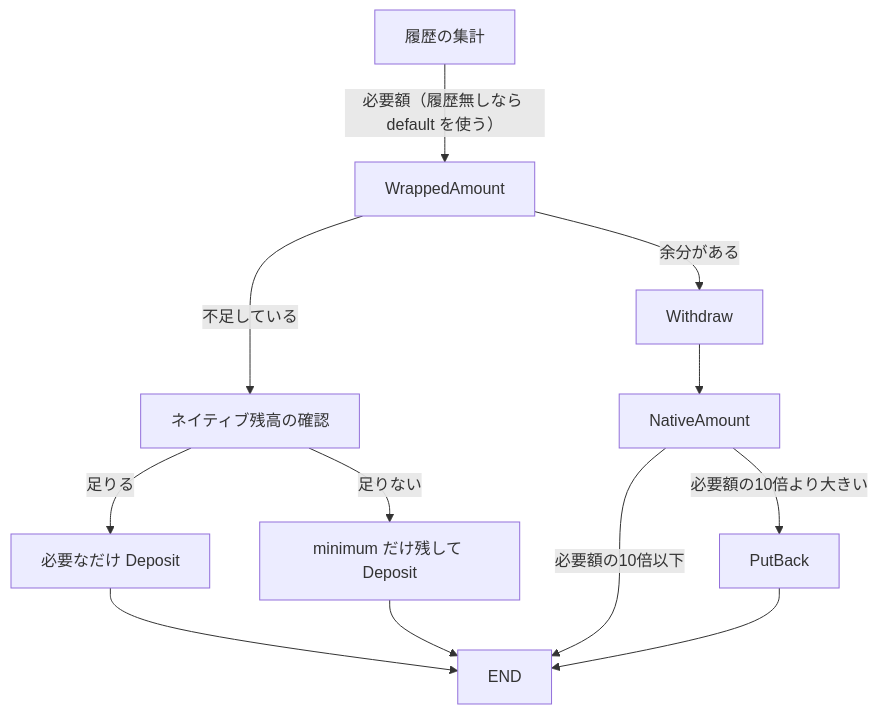
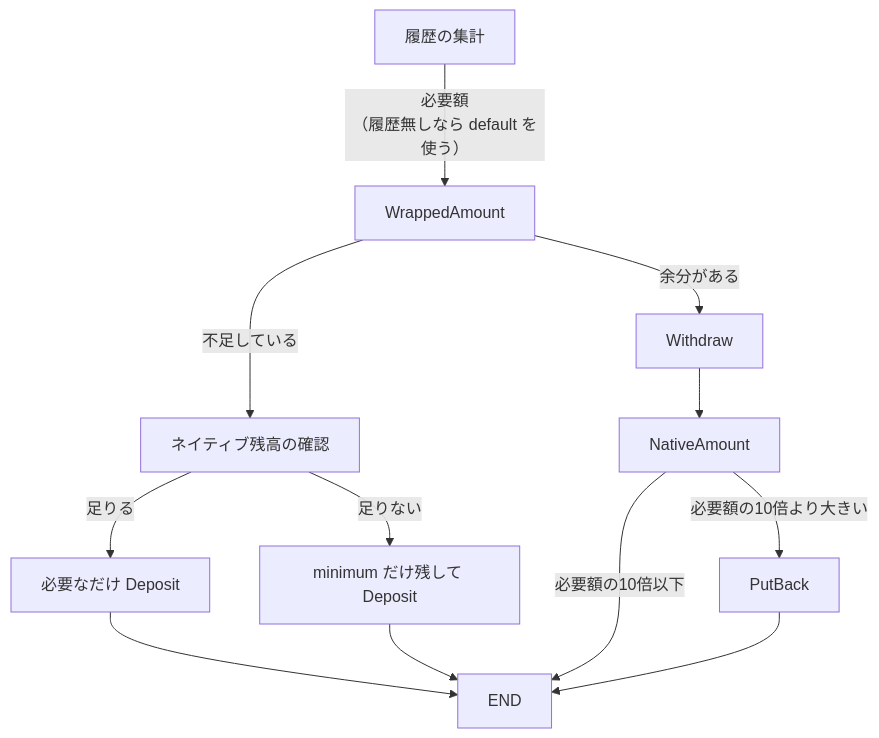
One commit to fathens/zaciraci changed the diagram in diagram/account_balance.mermaid. Above: the diagram before and after it, drawn with Mermaid.

Commit message:
Update account_balance.mermaid diagram formatting
Added a line break in the dependency label for better readability. This improves the clarity of the diagram by distinguishing different parts of the label text.

```diff
--- a/diagram/account_balance.mermaid
+++ b/diagram/account_balance.mermaid
@@ -1,12 +1,12 @@
 graph TD
-    StatsHistory[履歴の集計] -->|必要額（履歴無しなら default を使う）| WrappedAmount
+    StatsHistory[履歴の集計] -->|必要額<br>（履歴無しなら default を使う）| WrappedAmount
     WrappedAmount -->|余分がある| Withdraw
     WrappedAmount -->|不足している| CheckNative[ネイティブ残高の確認]
     CheckNative -->|足りる| DepositFull[必要なだけ Deposit]
     CheckNative -->|足りない| DepositLess[minimum だけ残して Deposit]
     DepositFull --> END
     DepositLess --> END
     Withdraw --> NativeAmount
     NativeAmount -->|必要額の10倍以下| END
     NativeAmount -->|必要額の10倍より大きい| PutBack
     PutBack --> END
```
